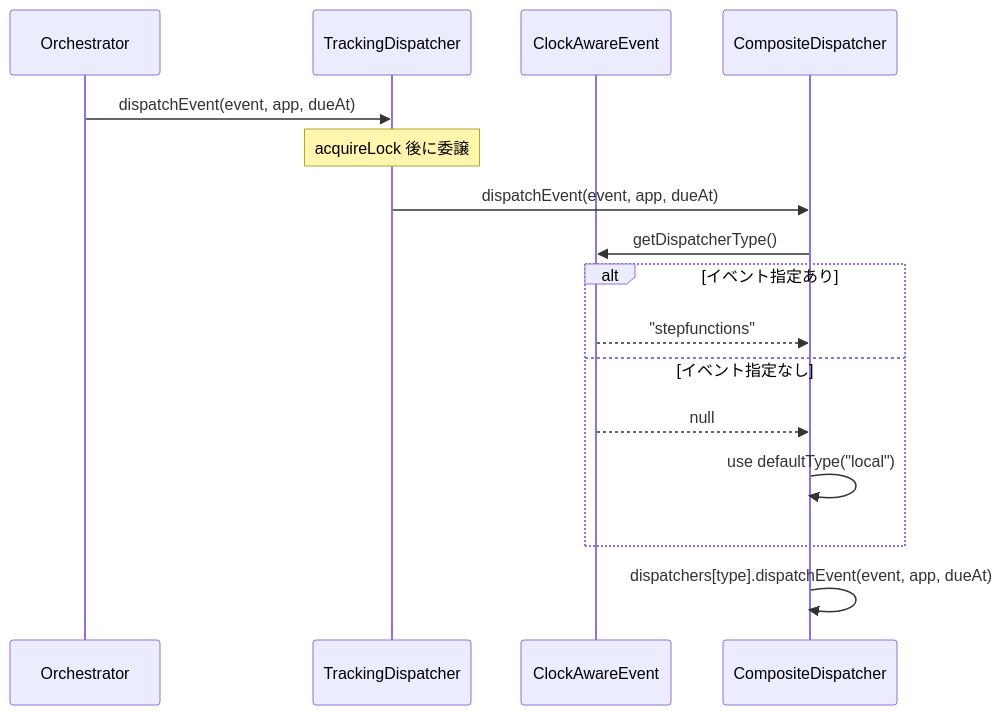
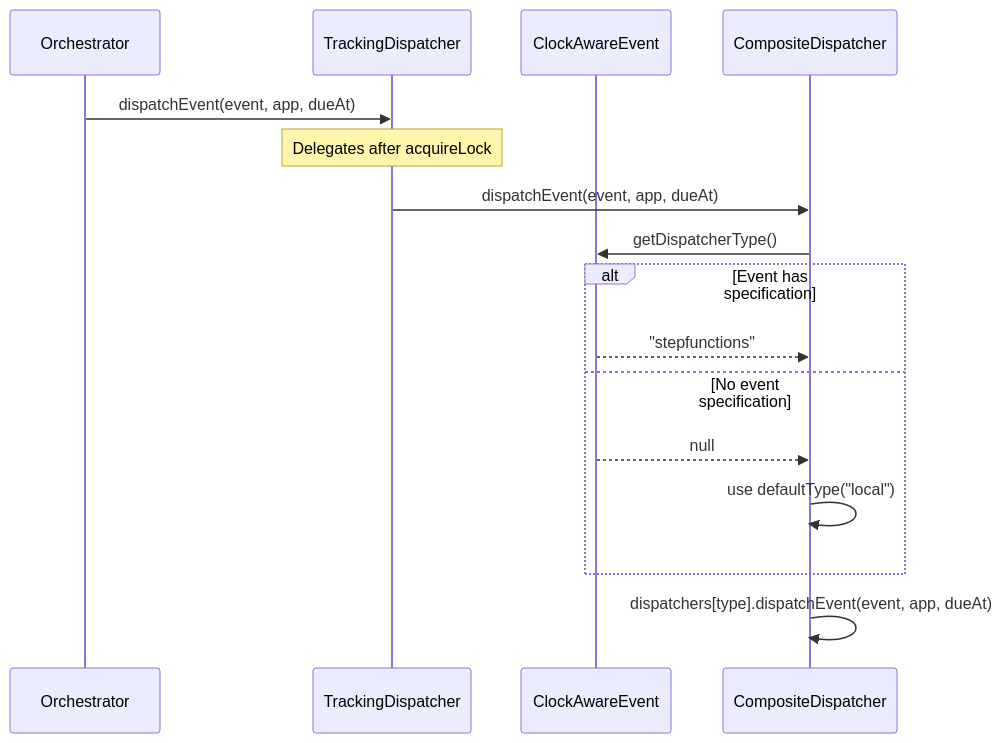
Before and after one commit to rakkofield/laravel-graceful-schedule-worker: the fourth of 4 diagrams in docs/internals/DESIGN.md, drawn with Mermaid. The commit also changed other lines of this file and 19 other files, not shown here.

````diff
--- a/docs/internals/DESIGN.md
+++ b/docs/internals/DESIGN.md
@@ -512,21 +512,21 @@
 ```mermaid
 sequenceDiagram
     participant Orch as Orchestrator
     participant TDisp as TrackingDispatcher
     participant Event as ClockAwareEvent
     participant Comp as CompositeDispatcher
 
     Orch->>TDisp: dispatchEvent(event, app, dueAt)
-    Note over TDisp: acquireLock 後に委譲
+    Note over TDisp: Delegates after acquireLock
     TDisp->>Comp: dispatchEvent(event, app, dueAt)
     Comp->>Event: getDispatcherType()
 
-    alt イベント指定あり
+    alt Event has specification
         Event-->>Comp: "stepfunctions"
-    else イベント指定なし
+    else No event specification
         Event-->>Comp: null
         Comp->>Comp: use defaultType("local")
     end
 
     Comp->>Comp: dispatchers[type].dispatchEvent(event, app, dueAt)
 ```
````
